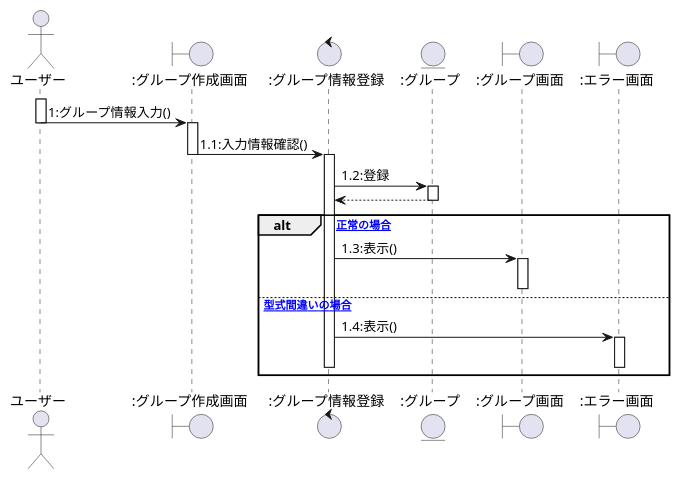
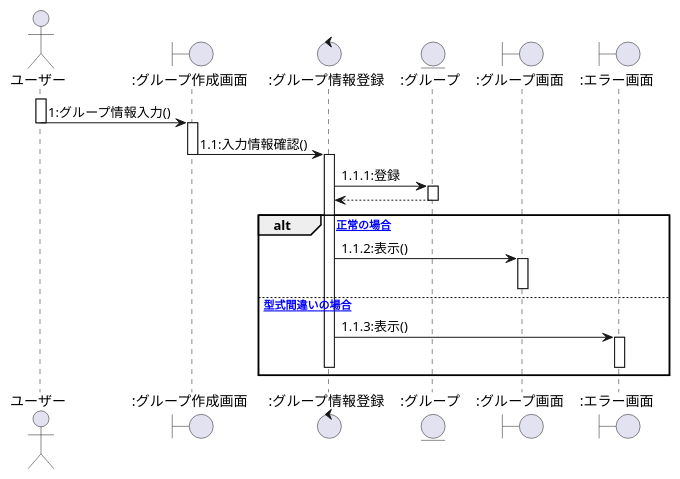
Before and after one commit to ksw2270227/GroupF: the first of 8 diagrams in user2_sequence.plantuml, drawn with PlantUML. The commit also changed other lines of this file, not shown here.

```diff
--- a/user2_sequence.plantuml
+++ b/user2_sequence.plantuml
@@ -1,31 +1,31 @@
 @startuml グループ作成シーケンス図
 actor ユーザー as 0
 boundary ":グループ作成画面" as a
 control ":グループ情報登録" as b
 entity ":グループ" as c
 boundary ":グループ画面" as d
 boundary ":エラー画面" as e
 
 activate 0
     0 -> a:1:グループ情報入力()
     deactivate 0
     activate a
     a -> b:1.1:入力情報確認()
     deactivate a
     activate b
-    b -> c:1.2:登録
+    b -> c:1.1.1:登録
     activate c
     c --> b
     deactivate c
     alt [正常の場合]
-    b -> d:1.3:表示()
+    b -> d:1.1.2:表示()
     activate d
     deactivate d
     else [型式間違いの場合]
     
-    b -> e:1.4:表示()
+    b -> e:1.1.3:表示()
     activate e
     deactivate b
     deactivate e
     end
 @enduml
```
